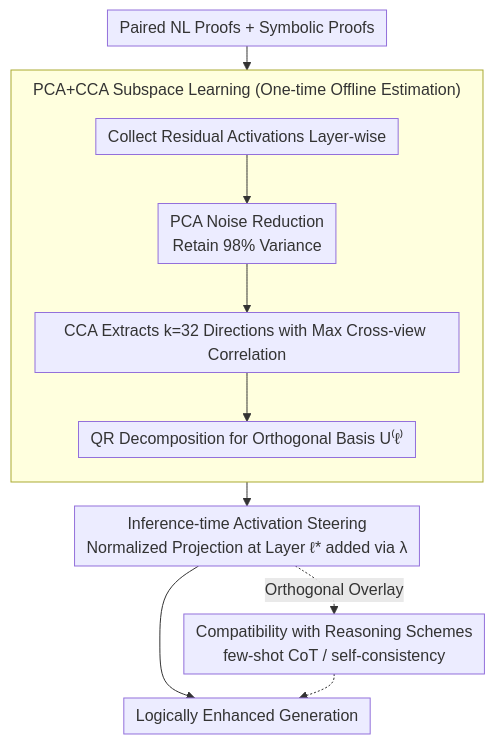
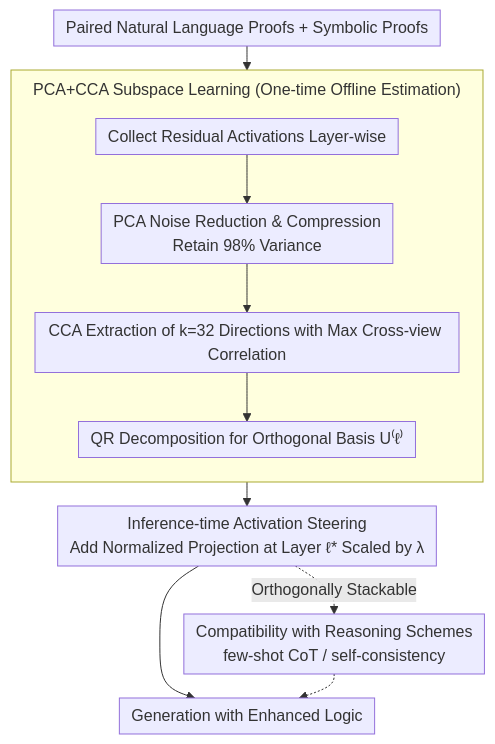
One commit to zhaoyang97/Paper-Notes-en changed the diagram in docs/ACL2026/llm_reasoning/discovering_a_shared_logical_subspace_steering_llm_logical_reasoning_via_alignme.md. Above: the diagram before and after it, drawn with Mermaid. The commit also changed other lines of this file and 5084 other files, not shown here.

````diff
--- a/docs/ACL2026/llm_reasoning/discovering_a_shared_logical_subspace_steering_llm_logical_reasoning_via_alignme.md
+++ b/docs/ACL2026/llm_reasoning/discovering_a_shared_logical_subspace_steering_llm_logical_reasoning_via_alignme.md
@@ -44,15 +44,15 @@
 ```mermaid
 %%{init: {'flowchart': {'rankSpacing': 24, 'nodeSpacing': 28, 'padding': 6, 'wrappingWidth': 400, 'subGraphTitleMargin': {'top': 8, 'bottom': 16}}}}%%
 flowchart TD
-    A["Paired NL Proofs + Symbolic Proofs"] --> B
+    A["Paired Natural Language Proofs + Symbolic Proofs"] --> B
     subgraph S1["PCA+CCA Subspace Learning (One-time Offline Estimation)"]
         direction TB
-        B["Collect Residual Activations Layer-wise"] --> C["PCA Noise Reduction<br/>Retain 98% Variance"]
-        C --> D["CCA Extracts k=32 Directions with Max Cross-view Correlation"]
+        B["Collect Residual Activations Layer-wise"] --> C["PCA Noise Reduction & Compression<br/>Retain 98% Variance"]
+        C --> D["CCA Extraction of k=32 Directions with Max Cross-view Correlation"]
         D --> E["QR Decomposition for Orthogonal Basis U⁽ℓ⁾"]
     end
-    E --> F["Inference-time Activation Steering<br/>Normalized Projection at Layer ℓ* added via λ"]
-    F --> G["Logically Enhanced Generation"]
-    F -.Orthogonal Overlay.-> H["Compatibility with Reasoning Schemes<br/>few-shot CoT / self-consistency"]
+    E --> F["Inference-time Activation Steering<br/>Add Normalized Projection at Layer ℓ* Scaled by λ"]
+    F --> G["Generation with Enhanced Logic"]
+    F -.Orthogonally Stackable.-> H["Compatibility with Reasoning Schemes<br/>few-shot CoT / self-consistency"]
     H -.-> G
 ```
````
